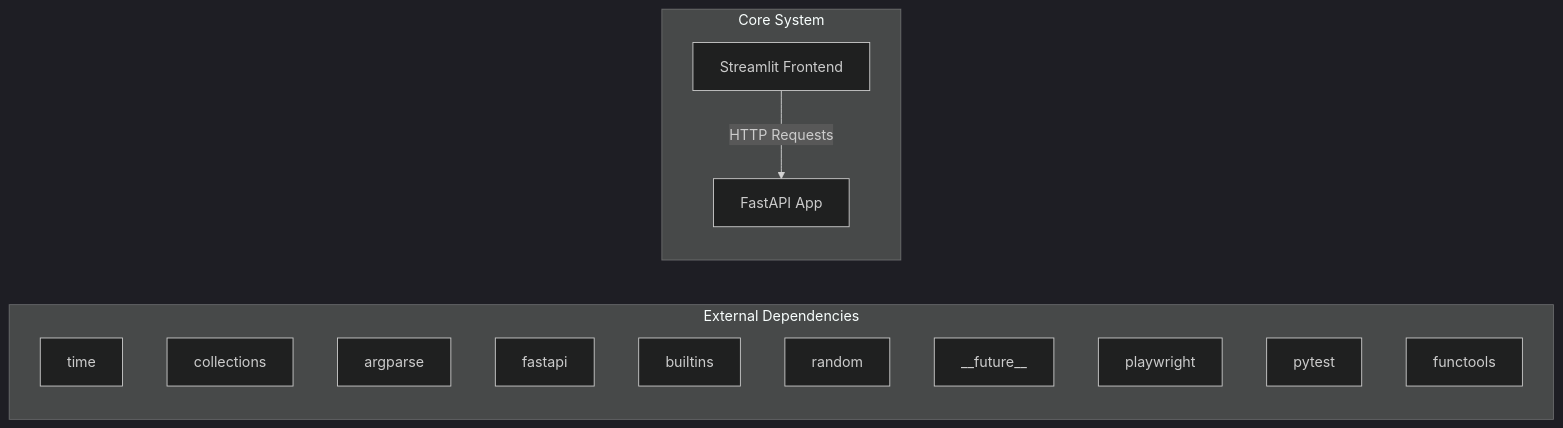
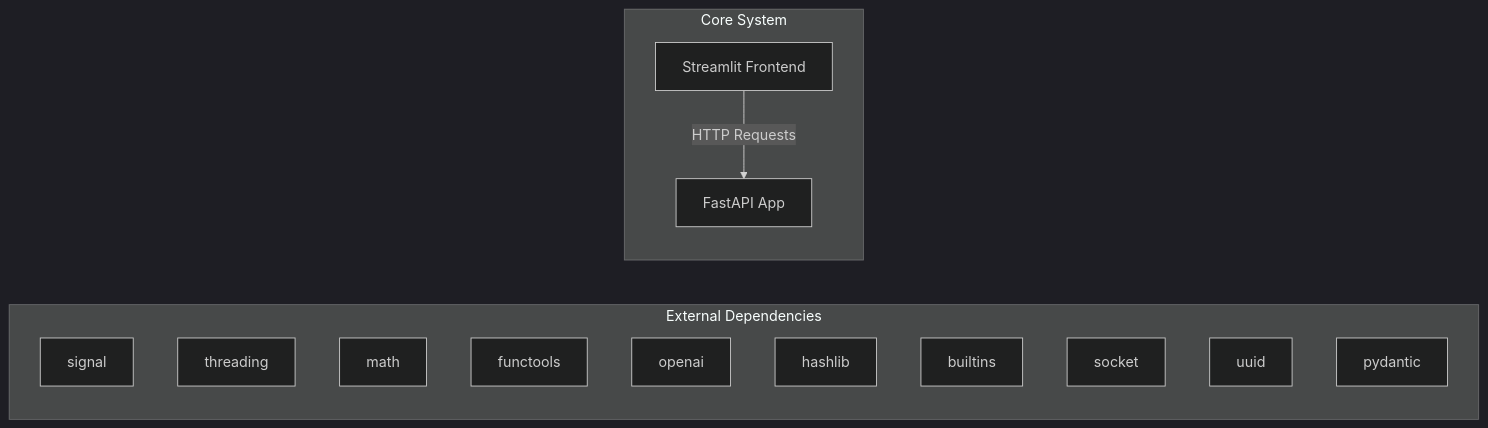
Before and after one commit to NITISH-R-G/rag-context-optimizer: the first of 2 diagrams in docs/architecture.md, drawn with Mermaid (dark theme). The commit also changed 1 other file, not shown here.

Commit message:
docs: auto-update repository knowledge, architecture diagrams, and documentation

````diff
--- a/docs/architecture.md
+++ b/docs/architecture.md
@@ -7,20 +7,20 @@
 ```mermaid
 graph LR
     subgraph External Dependencies
-        E0["time"]
-        E1["collections"]
-        E2["argparse"]
-        E3["fastapi"]
-        E4["builtins"]
-        E5["random"]
-        E6["__future__"]
-        E7["playwright"]
-        E8["pytest"]
-        E9["functools"]
+        E0["signal"]
+        E1["threading"]
+        E2["math"]
+        E3["functools"]
+        E4["openai"]
+        E5["hashlib"]
+        E6["builtins"]
+        E7["socket"]
+        E8["uuid"]
+        E9["pydantic"]
     end
     subgraph Core System
         API["FastAPI App"]
         UI["Streamlit Frontend"]
     end
     UI -->|HTTP Requests| API
 ```
````
